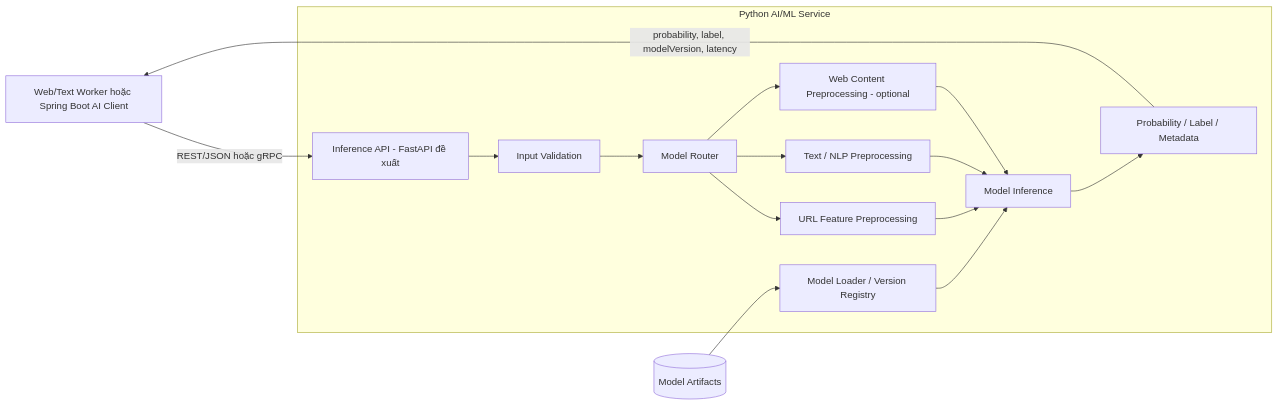
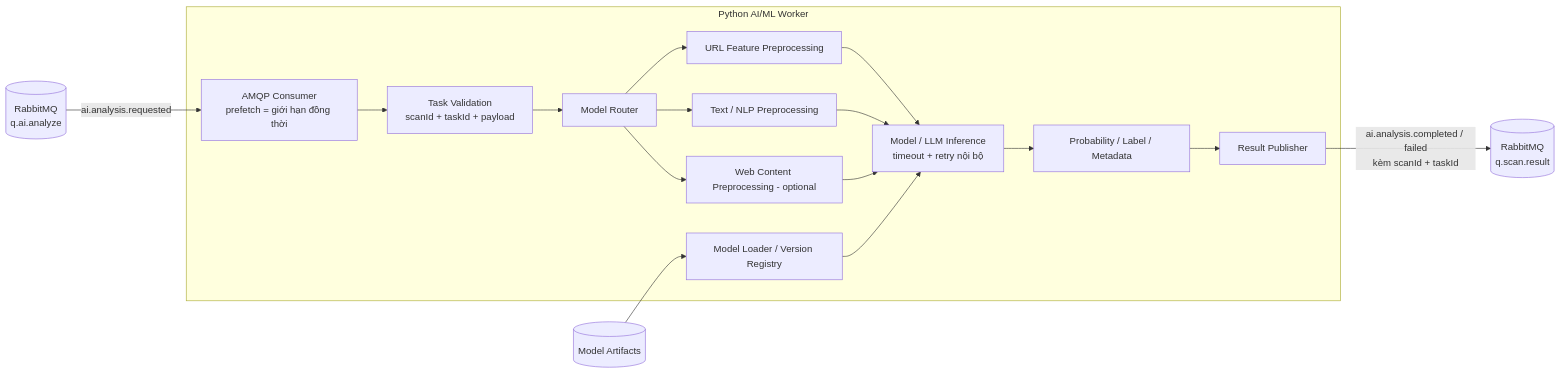
Before and after one commit to KLTN-2023-HCMSU/document: the fourth of 11 diagrams in architectures/architecture_v3.1.md, drawn with Mermaid. The commit also changed other lines of this file and 8 other files, not shown here.

````diff
--- a/architectures/architecture_v3.1.md
+++ b/architectures/architecture_v3.1.md
@@ -330,32 +349,35 @@
 ```mermaid
 flowchart LR
-    Caller[Web/Text Worker hoặc Spring Boot AI Client]
+    MQIn[(RabbitMQ\nq.ai.analyze)]
 
-    subgraph PythonAI[Python AI/ML Service]
-        API[Inference API - FastAPI đề xuất]
-        Validation[Input Validation]
+    subgraph PythonAI[Python AI/ML Worker]
+        Consumer[AMQP Consumer\nprefetch = giới hạn đồng thời]
+        Validation[Task Validation\nscanId + taskId + payload]
         ModelRouter[Model Router]
         UrlPre[URL Feature Preprocessing]
         TextPre[Text / NLP Preprocessing]
         WebPre[Web Content Preprocessing - optional]
         Registry[Model Loader / Version Registry]
-        Inference[Model Inference]
+        Inference[Model / LLM Inference\ntimeout + retry nội bộ]
         Postprocess[Probability / Label / Metadata]
+        Publisher[Result Publisher]
     end
 
     Models[(Model Artifacts)]
+    MQOut[(RabbitMQ\nq.scan.result)]
 
-    Caller -->|REST/JSON hoặc gRPC| API
-    API --> Validation
+    MQIn -->|ai.analysis.requested| Consumer
+    Consumer --> Validation
     Validation --> ModelRouter
     ModelRouter --> UrlPre
     ModelRouter --> TextPre
     ModelRouter --> WebPre
     UrlPre --> Inference
     TextPre --> Inference
     WebPre --> Inference
     Registry --> Inference
     Models --> Registry
     Inference --> Postprocess
-    Postprocess -->|probability, label, modelVersion, latency| Caller
+    Postprocess --> Publisher
+    Publisher -->|ai.analysis.completed / failed<br/>kèm scanId + taskId| MQOut
 ```
````
